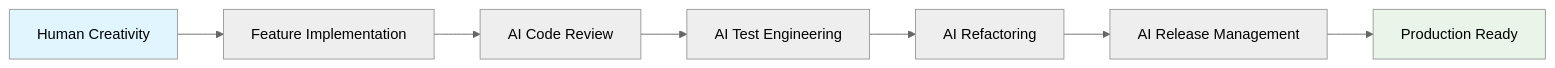
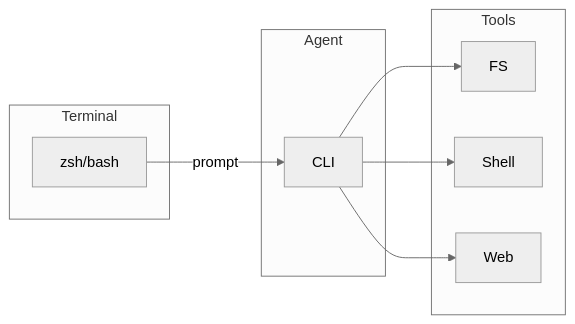
One commit to kousen/cosmic-catalog changed the second of 8 diagrams in slides.md. Above: the diagram before and after it, drawn with Mermaid (neutral theme). The commit also changed other lines of this file and 2 other files, not shown here.

Commit message:
Renamed agent comparison slides to slides.md

````diff
--- a/slides.md
+++ b/slides.md
@@ -974,12 +109,17 @@
 ```mermaid
 graph LR
-    A[Human Creativity] --> B[Feature Implementation]
-    B --> C[AI Code Review]
-    C --> D[AI Test Engineering] 
-    D --> E[AI Refactoring]
-    E --> F[AI Release Management]
-    F --> G[Production Ready]
-    
-    style A fill:#e1f5fe
-    style G fill:#e8f5e8
+    subgraph Terminal
+        A[zsh/bash]
+    end
+    subgraph Agent
+        B[CLI]
+    end
+    subgraph Tools
+        C[FS]
+        D[Shell]
+        E[Web]
+    end
+
+    A -- "prompt" --> B;
+    B --> C & D & E;
 ```
````
